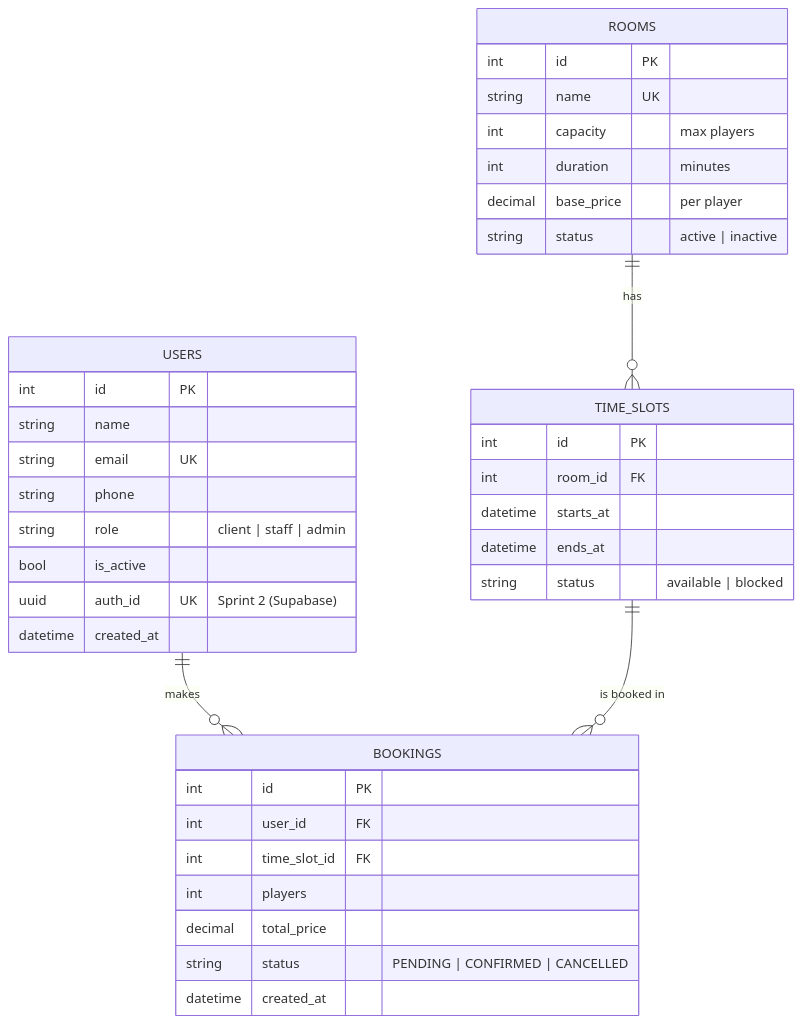
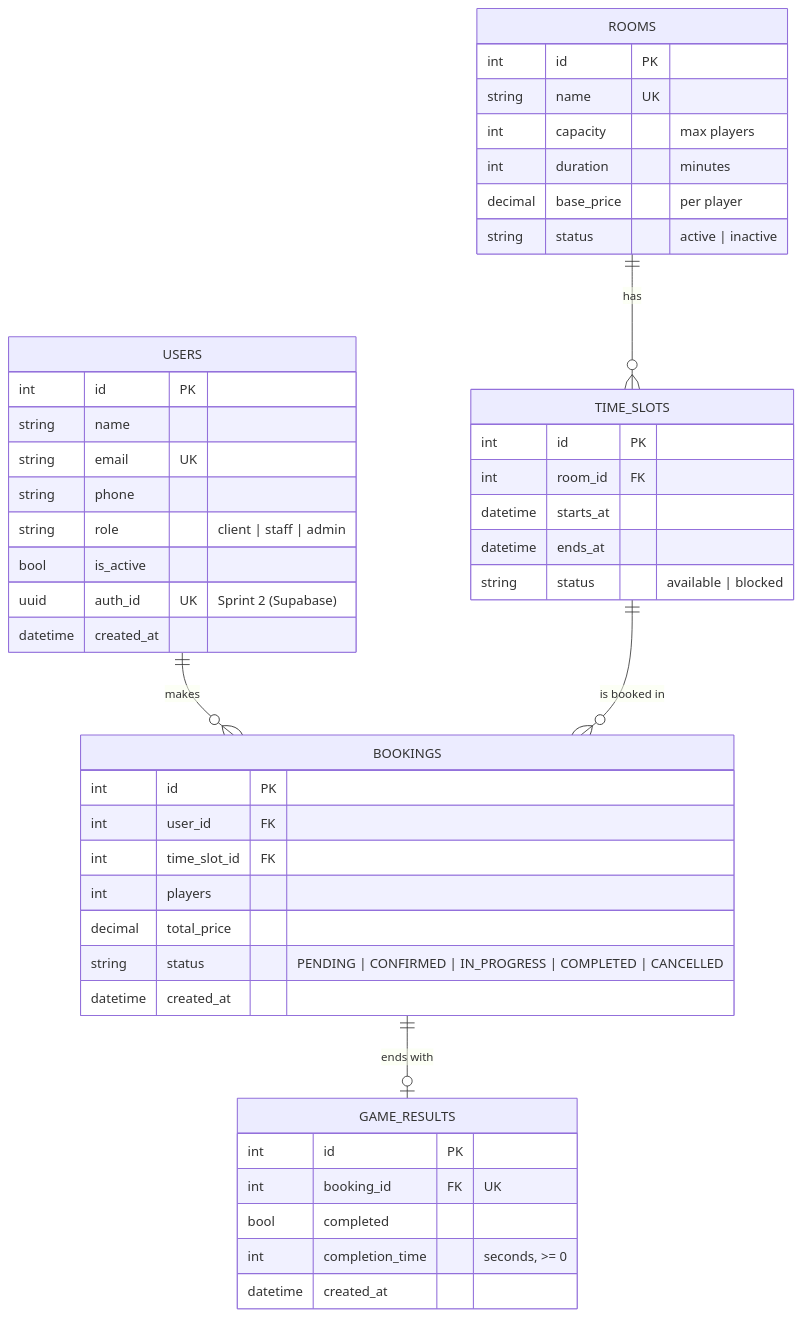
Before and after one commit to IA-P1-BCN/g5-python-crud-api: the first of 7 diagrams in docs/DIAGRAMS.md, drawn with Mermaid. The commit also changed other lines of this file and 3 other files, not shown here.

Commit message:
docs: update docs for game results and history

````diff
--- a/docs/DIAGRAMS.md
+++ b/docs/DIAGRAMS.md
@@ -9,41 +9,49 @@
 ```mermaid
 erDiagram
     USERS ||--o{ BOOKINGS : makes
     ROOMS ||--o{ TIME_SLOTS : has
     TIME_SLOTS ||--o{ BOOKINGS : "is booked in"
+    BOOKINGS ||--o| GAME_RESULTS : "ends with"
 
     USERS {
         int id PK
         string name
         string email UK
         string phone
         string role "client | staff | admin"
         bool is_active
         uuid auth_id UK "Sprint 2 (Supabase)"
         datetime created_at
     }
     ROOMS {
         int id PK
         string name UK
         int capacity "max players"
         int duration "minutes"
         decimal base_price "per player"
         string status "active | inactive"
     }
     TIME_SLOTS {
         int id PK
         int room_id FK
         datetime starts_at
         datetime ends_at
         string status "available | blocked"
     }
     BOOKINGS {
         int id PK
         int user_id FK
         int time_slot_id FK
         int players
         decimal total_price
-        string status "PENDING | CONFIRMED | CANCELLED"
+        string status "PENDING | CONFIRMED | IN_PROGRESS | COMPLETED | CANCELLED"
+        datetime created_at
+    }
+    GAME_RESULTS {
+        int id PK
+        int booking_id FK "UK"
+        bool completed
+        int completion_time "seconds, >= 0"
         datetime created_at
     }
 ```
````
